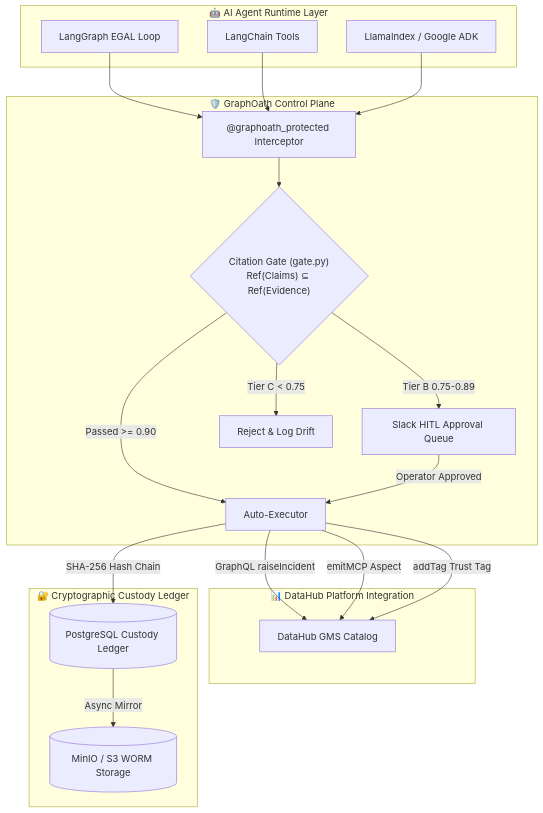
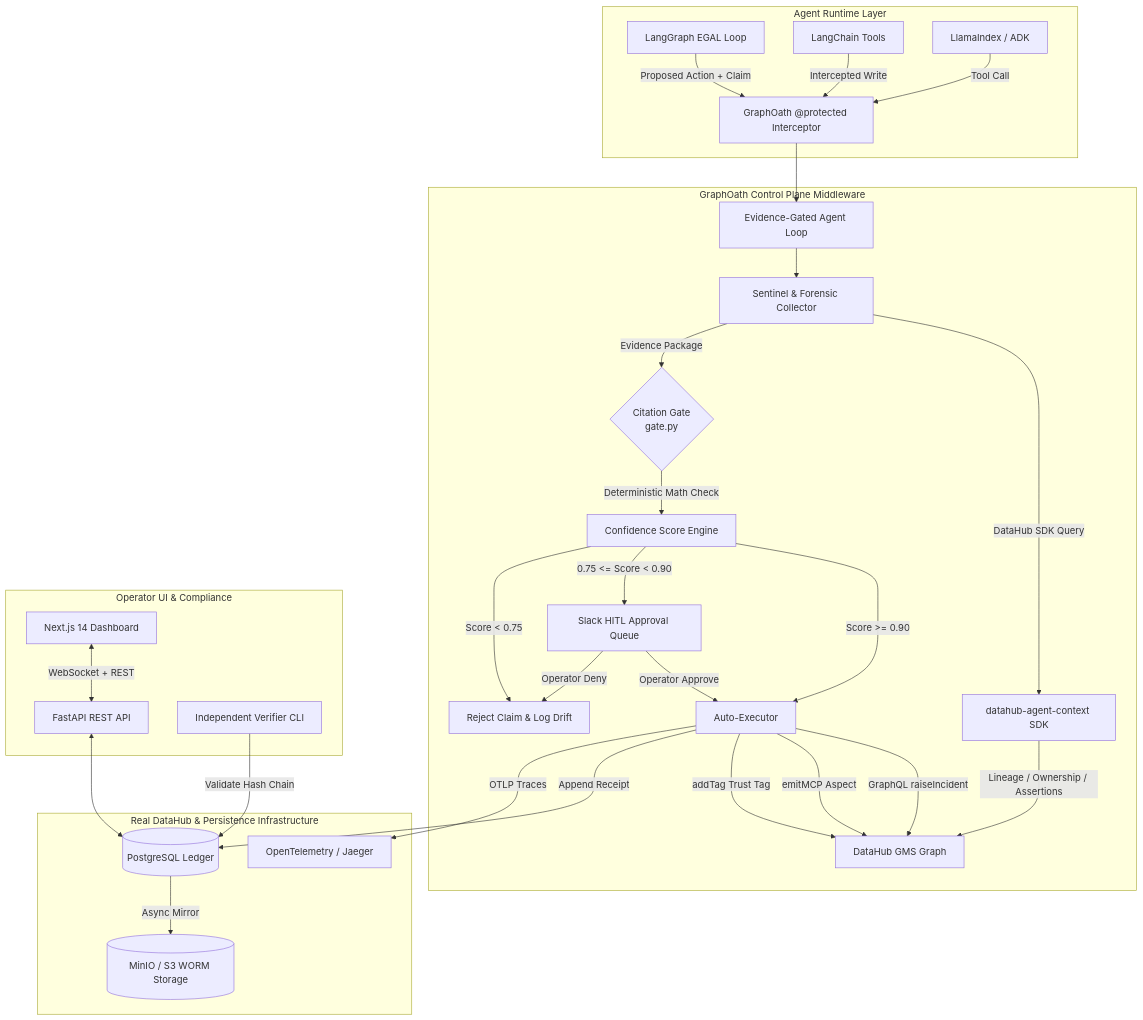
Before and after one commit to lx-singw/graphoath: the diagram in README.md, drawn with Mermaid. The commit also changed other lines of this file, not shown here.

Commit message:
docs: set exact full-build-roadmap Mermaid diagram at top of README

````diff
--- a/README.md
+++ b/README.md
@@ -43,28 +23,42 @@
 ```mermaid
 graph TD
-    subgraph Agents["🤖 AI Agent Runtime Layer"]
-        A1[LangGraph EGAL Loop]
-        A2[LangChain Tools]
-        A3[LlamaIndex / Google ADK]
+    subgraph Agent Runtime Layer
+        A1[LangGraph EGAL Loop] -->|Proposed Action + Claim| Interceptor
+        A2[LangChain Tools] -->|Intercepted Write| Interceptor
+        A3[LlamaIndex / ADK] -->|Tool Call| Interceptor
     end
 
-    subgraph Core["🛡️ GraphOath Control Plane"]
-        A1 & A2 & A3 --> Interceptor["@graphoath_protected Interceptor"]
-        Interceptor --> Gate{"Citation Gate (gate.py)<br/>Ref(Claims) ⊆ Ref(Evidence)"}
-        Gate -->|Passed >= 0.90| AutoExec["Auto-Executor"]
-        Gate -->|Tier B 0.75-0.89| HITL["Slack HITL Approval Queue"]
-        Gate -->|Tier C < 0.75| Reject["Reject & Log Drift"]
-        HITL -->|Operator Approved| AutoExec
+    subgraph GraphOath Control Plane Middleware
+        Interceptor[GraphOath @protected Interceptor] --> EGAL[Evidence-Gated Agent Loop]
+        EGAL --> SG[Sentinel & Forensic Collector]
+        SG -->|DataHub SDK Query| DH_SDK[datahub-agent-context SDK]
+        DH_SDK -->|Lineage / Ownership / Assertions| GMS[DataHub GMS Graph]
+        
+        SG -->|Evidence Package| Gate{Citation Gate<br/>gate.py}
+        Gate -->|Deterministic Math Check| Score[Confidence Score Engine]
+        
+        Score -->|Score >= 0.90| AutoExec[Auto-Executor]
+        Score -->|0.75 <= Score < 0.90| HITL[Slack HITL Approval Queue]
+        Score -->|Score < 0.75| Reject[Reject Claim & Log Drift]
+
+        HITL -->|Operator Approve| AutoExec
+        HITL -->|Operator Deny| Reject
     end
 
-    subgraph DataHub["📊 DataHub Platform Integration"]
-        AutoExec -->|GraphQL raiseIncident| GMS["DataHub GMS Catalog"]
+    subgraph Real DataHub & Persistence Infrastructure
+        AutoExec -->|GraphQL raiseIncident| GMS
         AutoExec -->|emitMCP Aspect| GMS
         AutoExec -->|addTag Trust Tag| GMS
+        
+        AutoExec -->|Append Receipt| LedgerDB[(PostgreSQL Ledger)]
+        LedgerDB -->|Async Mirror| MinIO[(MinIO / S3 WORM Storage)]
+        
+        AutoExec -->|OTLP Traces| OTel[OpenTelemetry / Jaeger]
     end
 
-    subgraph Audit["🔐 Cryptographic Custody Ledger"]
-        AutoExec -->|SHA-256 Hash Chain| LedgerDB[("PostgreSQL Custody Ledger")]
-        LedgerDB -->|Async Mirror| MinIO[("MinIO / S3 WORM Storage")]
+    subgraph Operator UI & Compliance
+        Dashboard[Next.js 14 Dashboard] <-->|WebSocket + REST| Webhooks[FastAPI REST API]
+        Webhooks <--> LedgerDB
+        Auditor[Independent Verifier CLI] -->|Validate Hash Chain| LedgerDB
     end
 ```
````
